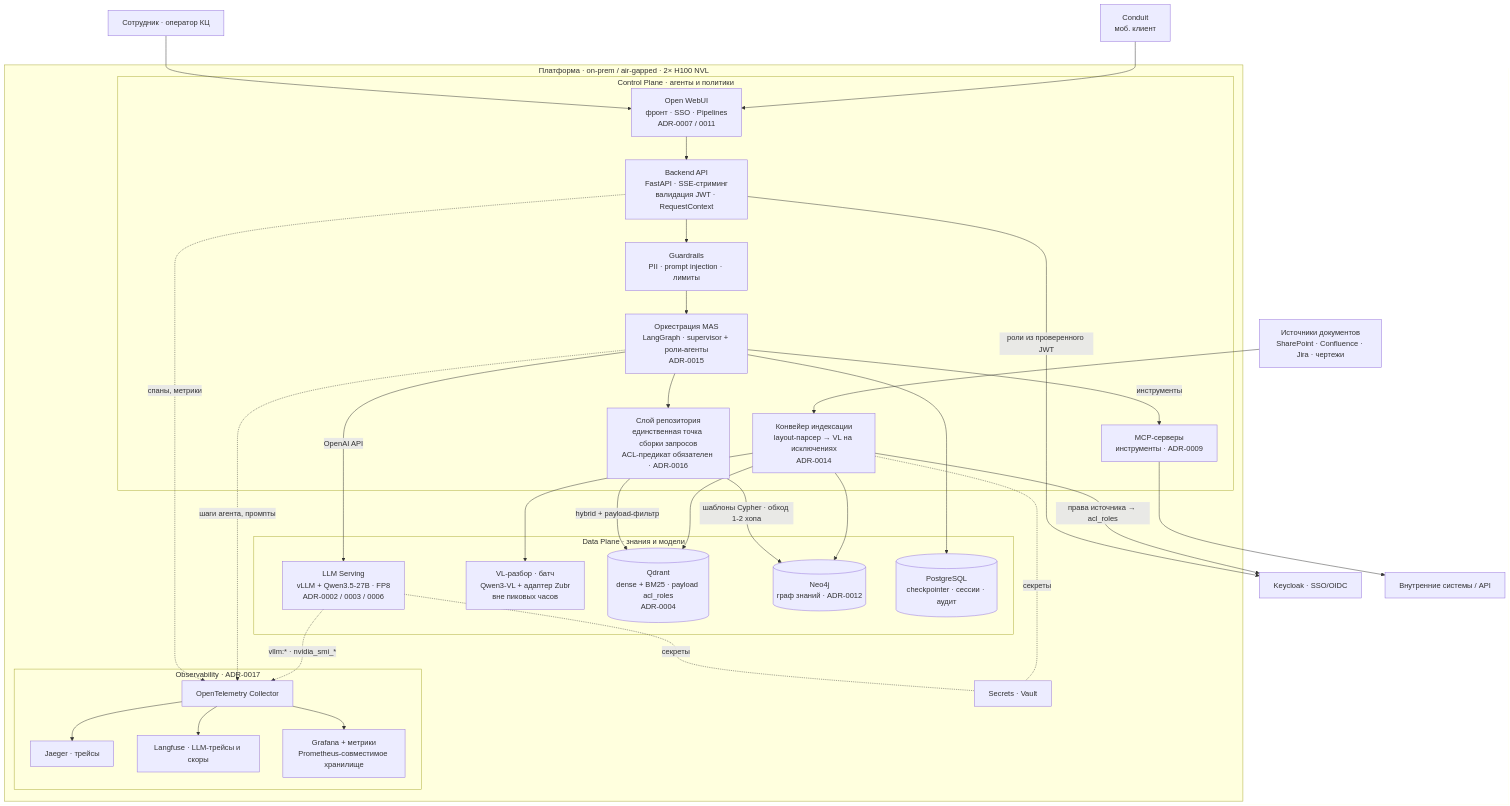
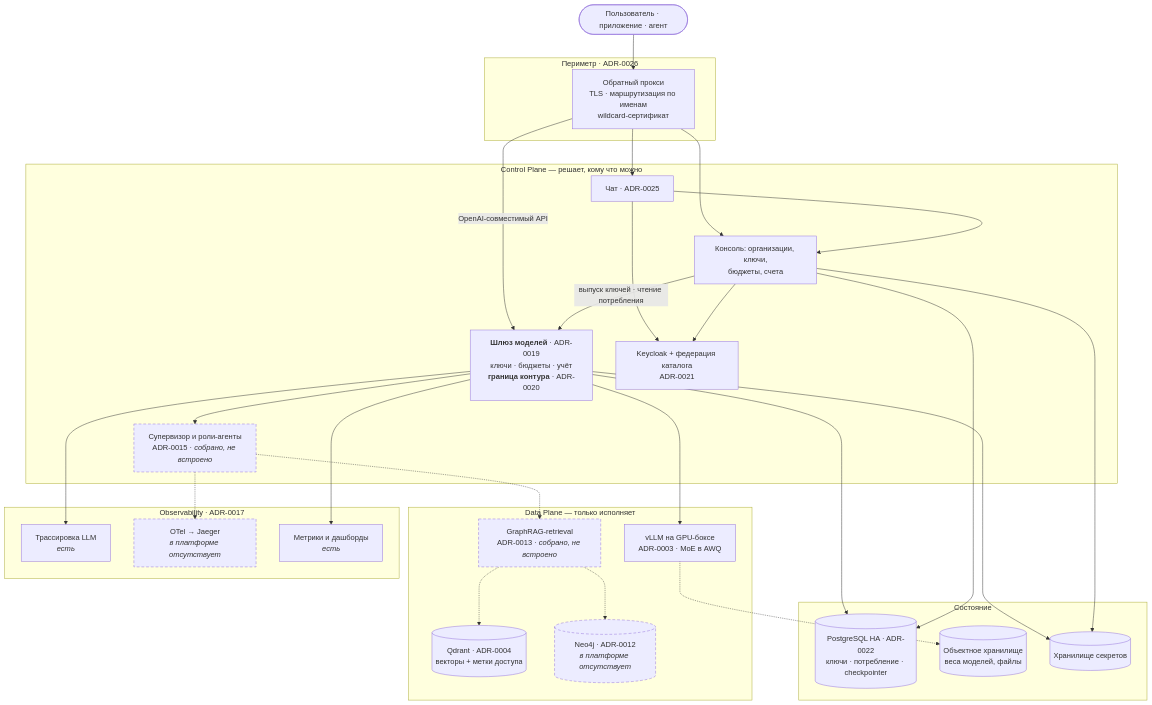
The second of 4 diagrams in final-project/docs/diagrams/c4.md (ZubikIT/ai-architect), drawn with Mermaid before and after one commit. The commit also changed other lines of this file and 3 other files, not shown here.

````diff
--- a/final-project/docs/diagrams/c4.md
+++ b/final-project/docs/diagrams/c4.md
@@ -48,62 +39,55 @@
 ```mermaid
 flowchart TB
-  emp["Сотрудник · оператор КЦ"]
-  mobile["Conduit<br/>моб. клиент"]
-  idp["Keycloak · SSO/OIDC"]
-  src["Источники документов<br/>SharePoint · Confluence · Jira · чертежи"]
-  intsys["Внутренние системы / API"]
+  user(["Пользователь · приложение · агент"])
 
-  subgraph plat["Платформа · on-prem / air-gapped · 2× H100 NVL"]
-    subgraph cp["Control Plane · агенты и политики"]
-      owui["Open WebUI<br/>фронт · SSO · Pipelines<br/>ADR-0007 / 0011"]
-      api["Backend API<br/>FastAPI · SSE-стриминг<br/>валидация JWT · RequestContext"]
-      orch["Оркестрация MAS<br/>LangGraph · supervisor + роли-агенты<br/>ADR-0015"]
-      repo["Слой репозитория<br/>единственная точка сборки запросов<br/>ACL-предикат обязателен · ADR-0016"]
-      guard["Guardrails<br/>PII · prompt injection · лимиты"]
-      mcp["MCP-серверы<br/>инструменты · ADR-0009"]
-      ing["Конвейер индексации<br/>layout-парсер → VL на исключениях<br/>ADR-0014"]
-    end
-
-    subgraph dp["Data Plane · знания и модели"]
-      vllm["LLM Serving<br/>vLLM + Qwen3.5-27B · FP8<br/>ADR-0002 / 0003 / 0006"]
-      vlm["VL-разбор · батч<br/>Qwen3-VL + адаптер Zubr<br/>вне пиковых часов"]
-      qdr[("Qdrant<br/>dense + BM25 · payload acl_roles<br/>ADR-0004")]
-      neo[("Neo4j<br/>граф знаний · ADR-0012")]
-      pg[("PostgreSQL<br/>checkpointer · сессии · аудит")]
-    end
-
-    subgraph obs["Observability · ADR-0017"]
-      otel["OpenTelemetry Collector"]
-      jae["Jaeger · трейсы"]
-      lf["Langfuse · LLM-трейсы и скоры"]
-      graf["Grafana + метрики<br/>Prometheus-совместимое хранилище"]
-    end
-
-    vault["Secrets · Vault"]
+  subgraph edge["Периметр · ADR-0026"]
+    npm["Обратный прокси<br/>TLS · маршрутизация по именам<br/>wildcard-сертификат"]
   end
 
-  emp --> owui
-  mobile --> owui
-  owui --> api
-  api -->|"роли из проверенного JWT"| idp
-  api --> guard --> orch
-  orch --> repo
-  repo -->|"hybrid + payload-фильтр"| qdr
-  repo -->|"шаблоны Cypher · обход 1-2 хопа"| neo
-  orch -->|"OpenAI API"| vllm
-  orch -->|"инструменты"| mcp --> intsys
-  orch --> pg
-  src --> ing
-  ing --> vlm
-  ing --> qdr
-  ing --> neo
-  ing -->|"права источника → acl_roles"| idp
-  api -.->|"спаны, метрики"| otel
-  orch -.->|"шаги агента, промпты"| otel
-  vllm -.->|"vllm:* · nvidia_smi_*"| otel
-  otel --> jae
-  otel --> lf
-  otel --> graf
-  vllm -. секреты .- vault
-  ing -. секреты .- vault
+  subgraph cp["Control Plane — решает, кому что можно"]
+    chat["Чат · ADR-0025"]
+    cons["Консоль: организации, ключи,<br/>бюджеты, счета"]
+    gw["<b>Шлюз моделей</b> · ADR-0019<br/>ключи · бюджеты · учёт<br/><b>граница контура</b> · ADR-0020"]
+    idp["Keycloak + федерация каталога<br/>ADR-0021"]
+    sup["Супервизор и роли-агенты<br/>ADR-0015 · <i>собрано, не встроено</i>"]
+  end
+
+  subgraph dp["Data Plane — только исполняет"]
+    ret["GraphRAG-retrieval<br/>ADR-0013 · <i>собрано, не встроено</i>"]
+    qd[("Qdrant · ADR-0004<br/>векторы + метки доступа")]
+    neo[("Neo4j · ADR-0012<br/><i>в платформе отсутствует</i>")]
+    vllm["vLLM на GPU-боксе<br/>ADR-0003 · MoE в AWQ"]
+  end
+
+  subgraph state["Состояние"]
+    pg[("PostgreSQL HA · ADR-0022<br/>ключи · потребление · checkpointer")]
+    s3[("Объектное хранилище<br/>веса моделей, файлы")]
+    vault[("Хранилище секретов")]
+  end
+
+  subgraph obs["Observability · ADR-0017"]
+    lf["Трассировка LLM<br/><i>есть</i>"]
+    otel["OTel → Jaeger<br/><i>в платформе отсутствует</i>"]
+    met["Метрики и дашборды<br/><i>есть</i>"]
+  end
+
+  user --> npm --> chat & cons
+  npm -->|"OpenAI-совместимый API"| gw
+  chat --> cons
+  cons -->|"выпуск ключей · чтение потребления"| gw
+  chat & cons --> idp
+
+  gw --> sup -.-> ret
+  gw --> vllm
+  ret -.-> qd
+  ret -.-> neo
+
+  gw & cons --> pg
+  vllm -.-> s3
+  gw & cons --> vault
+  gw --> lf & met
+  sup -.-> otel
+
+  classDef planned stroke-dasharray: 6 4
+  class sup,ret,neo,otel planned
 ```
````
